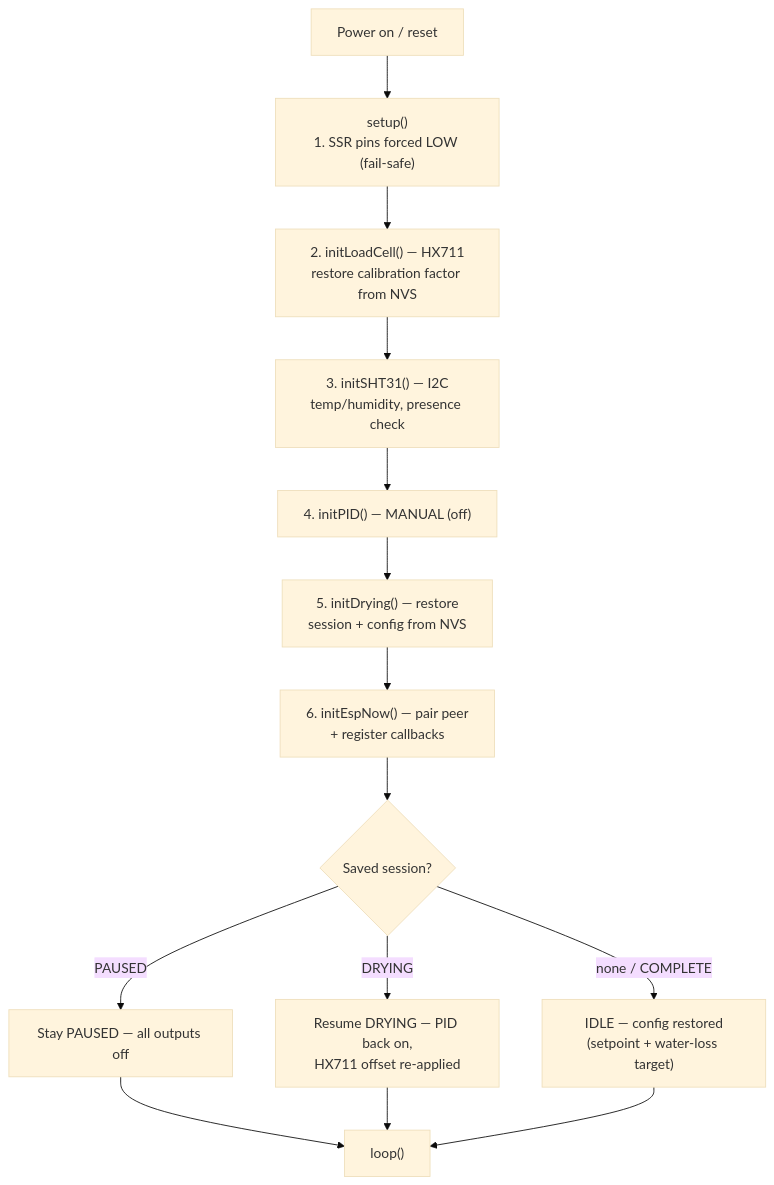
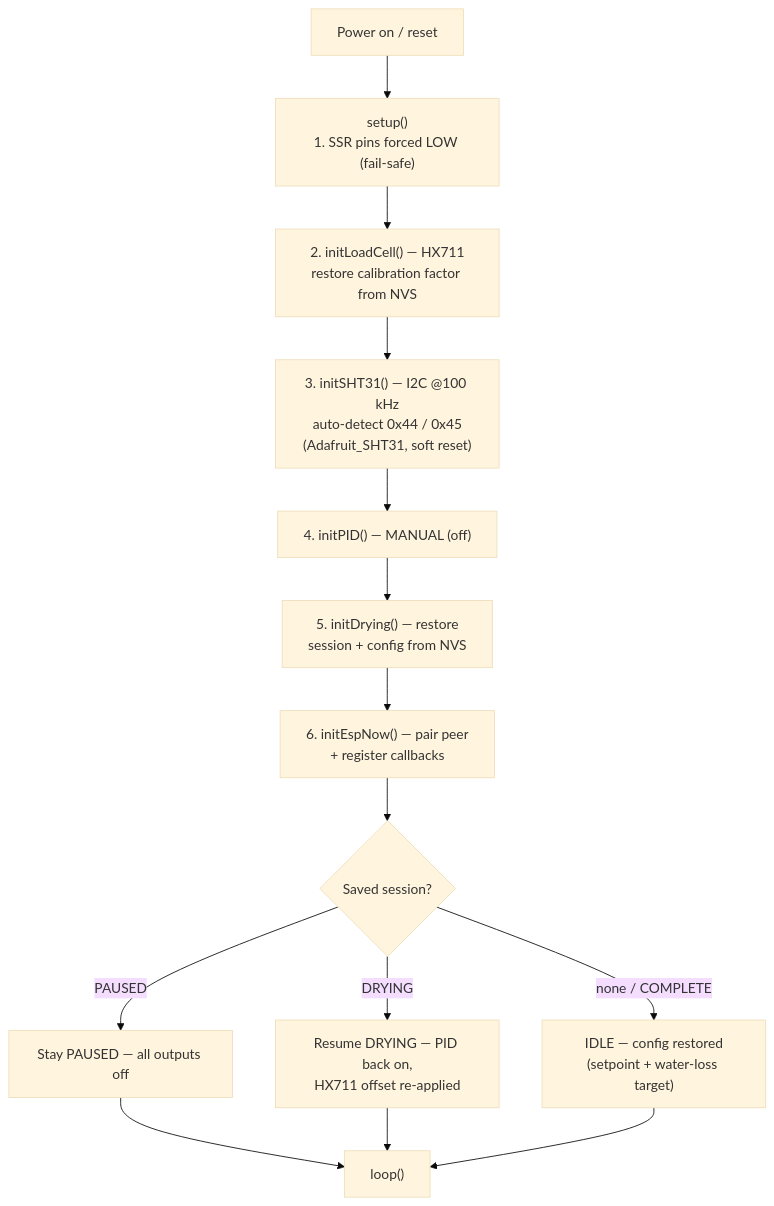
Before and after one commit to qppd/multi-dryer: the first of 5 diagrams in docs/diagrams/flow-chart.md, drawn with Mermaid (base theme). The commit also changed other lines of this file and 13 other files, not shown here.

````diff
--- a/docs/diagrams/flow-chart.md
+++ b/docs/diagrams/flow-chart.md
@@ -9,16 +9,16 @@
 ```mermaid
 flowchart TD
     A["Power on / reset"] --> B["setup()<br/>1. SSR pins forced LOW (fail-safe)"]
     B --> C["2. initLoadCell() — HX711<br/>restore calibration factor from NVS"]
-    C --> D["3. initSHT31() — I2C<br/>temp/humidity, presence check"]
+    C --> D["3. initSHT31() — I2C @100 kHz<br/>auto-detect 0x44 / 0x45<br/>(Adafruit_SHT31, soft reset)"]
     D --> E["4. initPID() — MANUAL (off)"]
     E --> F["5. initDrying() — restore<br/>session + config from NVS"]
     F --> G["6. initEspNow() — pair peer<br/>+ register callbacks"]
     G --> H{"Saved session?"}
     H -->|"PAUSED"| I["Stay PAUSED — all outputs off"]
     H -->|"DRYING"| J["Resume DRYING — PID back on,<br/>HX711 offset re-applied"]
     H -->|"none / COMPLETE"| K["IDLE — config restored<br/>(setpoint + water-loss target)"]
     I --> L["loop()"]
     J --> L
     K --> L
 ```
````
